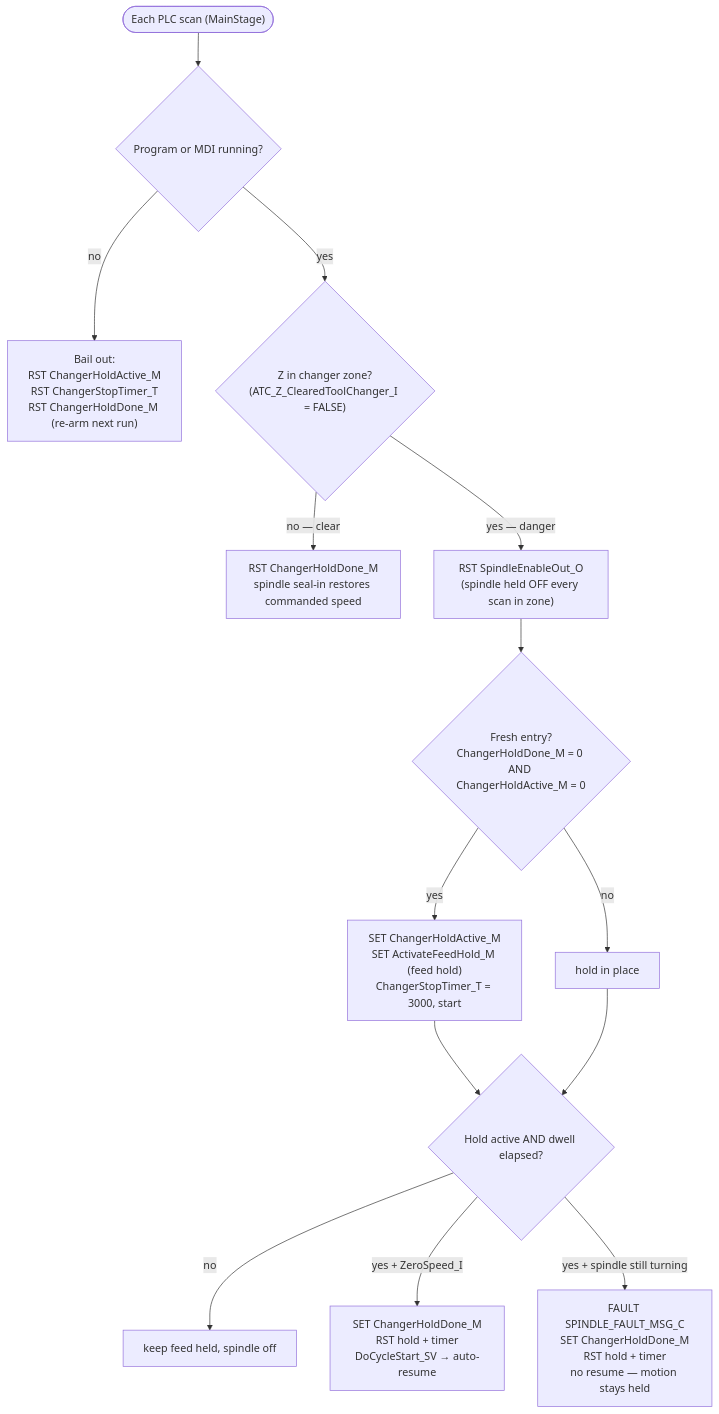
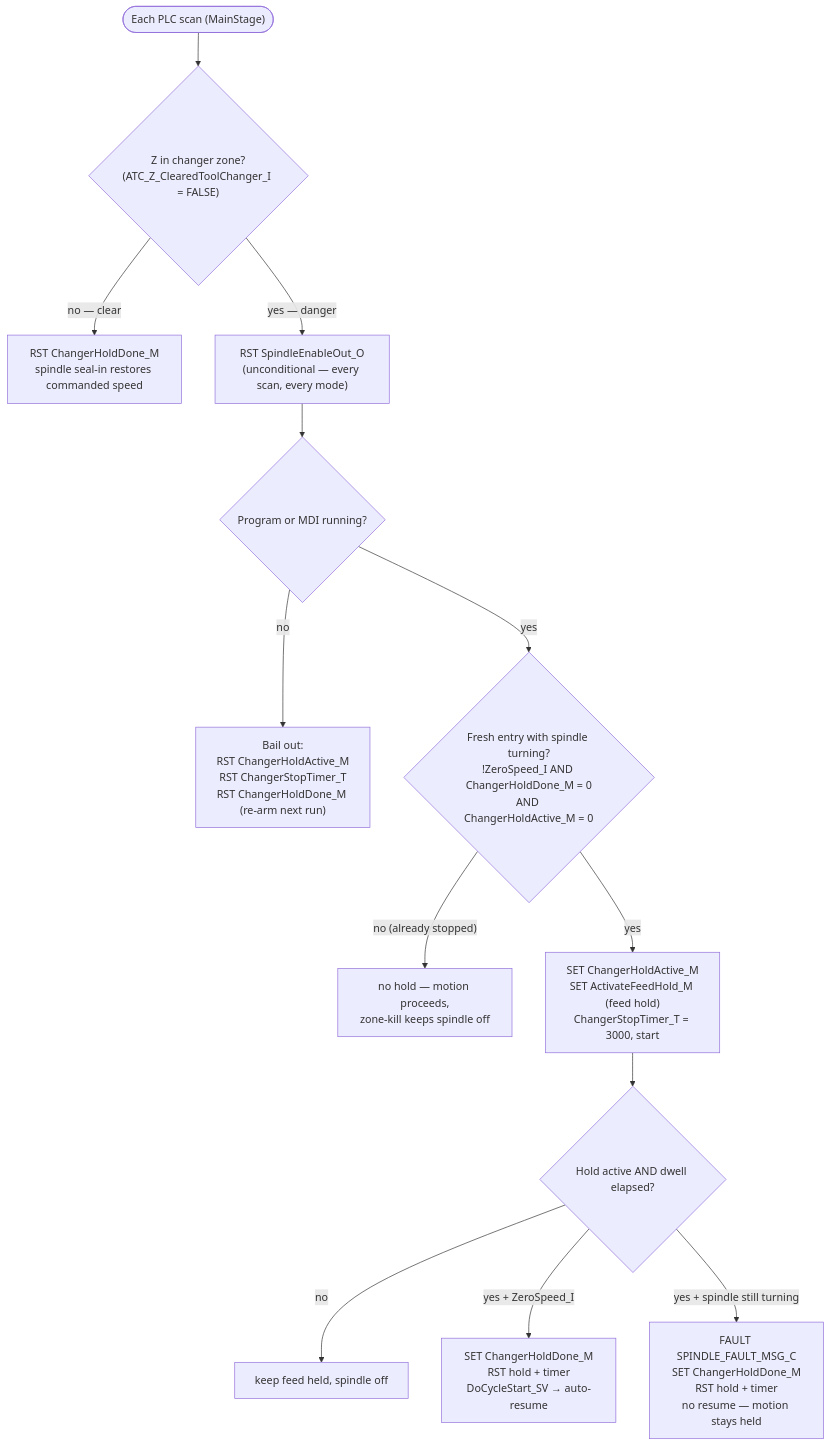
One commit to TD-4242/Acroloc-Centroid changed the second of 2 diagrams in README.md. Above: the diagram before and after it, drawn with Mermaid. The commit also changed other lines of this file and 5 other files, not shown here.

First line of the commit message:
fix(plc): harden changer interlock per review — unconditional kill, ATC abort cleanup, skip needless dwell

````diff
--- a/README.md
+++ b/README.md
@@ -267,16 +284,15 @@
 ```mermaid
 flowchart TD
-    A(["Each PLC scan (MainStage)"]) --> B{"Program or MDI running?"}
+    A(["Each PLC scan (MainStage)"]) --> C{"Z in changer zone?<br/>(ATC_Z_ClearedToolChanger_I = FALSE)"}
+    C -- "no — clear" --> CLR["RST ChangerHoldDone_M<br/>spindle seal-in restores commanded speed"]
+    C -- "yes — danger" --> KILL["RST SpindleEnableOut_O<br/>(unconditional — every scan, every mode)"]
+    KILL --> B{"Program or MDI running?"}
     B -- no --> BAIL["Bail out:<br/>RST ChangerHoldActive_M<br/>RST ChangerStopTimer_T<br/>RST ChangerHoldDone_M (re-arm next run)"]
-    B -- yes --> C{"Z in changer zone?<br/>(ATC_Z_ClearedToolChanger_I = FALSE)"}
-    C -- "no — clear" --> CLR["RST ChangerHoldDone_M<br/>spindle seal-in restores commanded speed"]
-    C -- "yes — danger" --> KILL["RST SpindleEnableOut_O<br/>(spindle held OFF every scan in zone)"]
-    KILL --> ARM{"Fresh entry?<br/>ChangerHoldDone_M = 0 AND ChangerHoldActive_M = 0"}
+    B -- yes --> ARM{"Fresh entry with spindle turning?<br/>!ZeroSpeed_I AND ChangerHoldDone_M = 0<br/>AND ChangerHoldActive_M = 0"}
+    ARM -- "no (already stopped)" --> PASS["no hold — motion proceeds,<br/>zone-kill keeps spindle off"]
     ARM -- yes --> SET["SET ChangerHoldActive_M<br/>SET ActivateFeedHold_M (feed hold)<br/>ChangerStopTimer_T = 3000, start"]
-    ARM -- no --> WAIT["hold in place"]
     SET --> DEC{"Hold active AND dwell elapsed?"}
-    WAIT --> DEC
     DEC -- no --> HOLD["keep feed held, spindle off"]
     DEC -- "yes + ZeroSpeed_I" --> RES["SET ChangerHoldDone_M<br/>RST hold + timer<br/>DoCycleStart_SV → auto-resume"]
     DEC -- "yes + spindle still turning" --> FLT["FAULT SPINDLE_FAULT_MSG_C<br/>SET ChangerHoldDone_M<br/>RST hold + timer<br/>no resume — motion stays held"]
 ```
````
